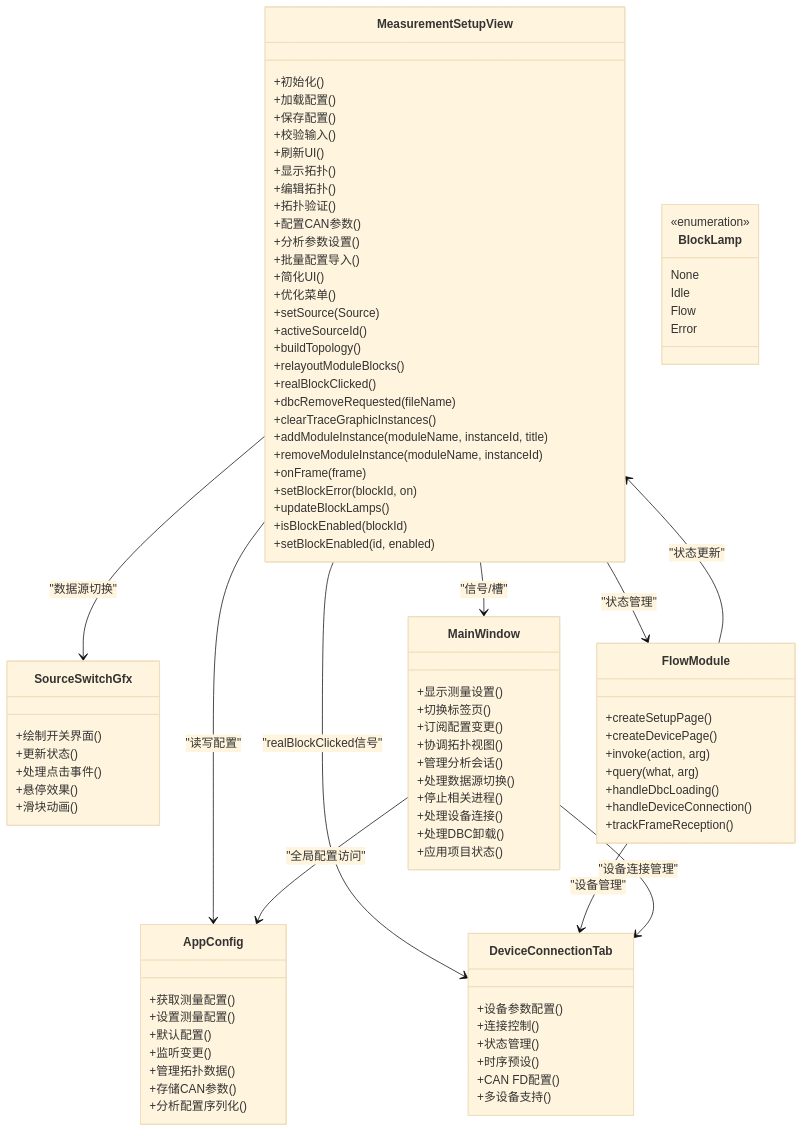
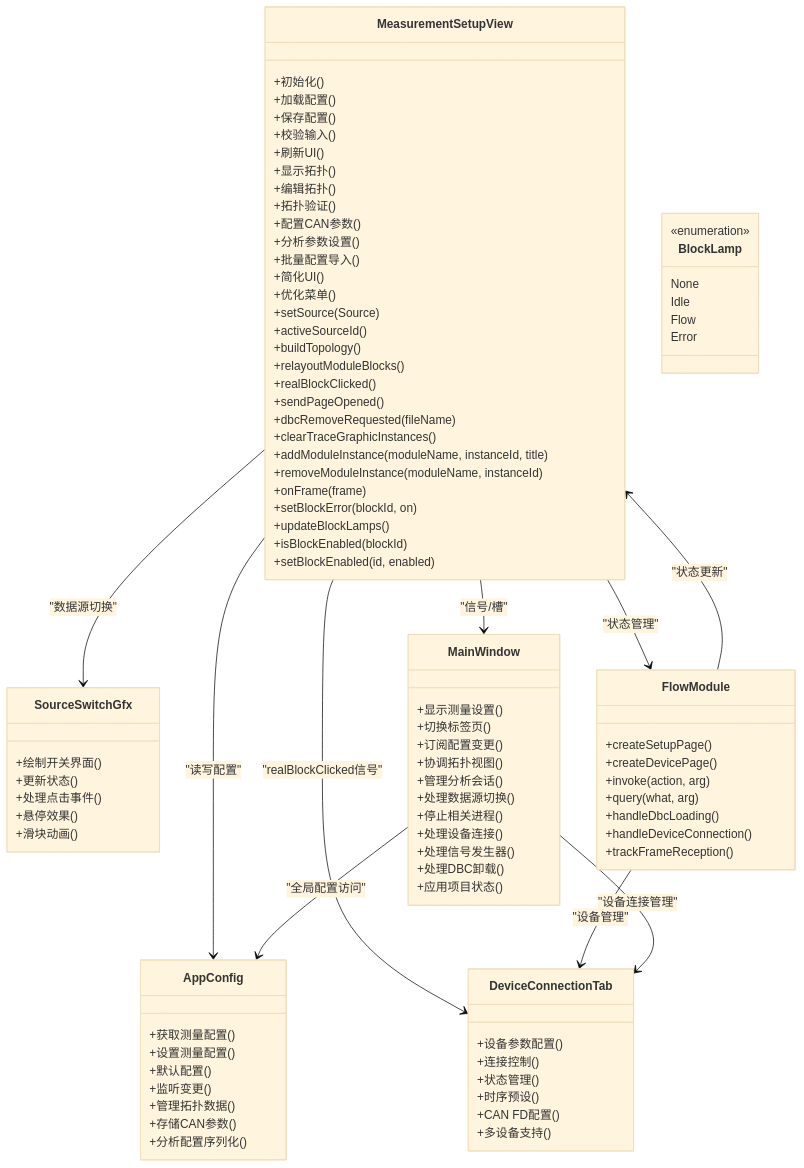
Before and after one commit to jakecai1225-design/OpenBus: the second of 10 diagrams in .qoder/repowiki/zh/content/架构设计/UI系统设计/测量设置视图组件.md, drawn with Mermaid (base theme). The commit also changed other lines of this file and 14 other files, not shown here.

```diff
--- a/.qoder/repowiki/zh/content/架构设计/UI系统设计/测量设置视图组件.md
+++ b/.qoder/repowiki/zh/content/架构设计/UI系统设计/测量设置视图组件.md
@@ -164,6 +171,7 @@
 +buildTopology()
 +relayoutModuleBlocks()
 +realBlockClicked()
++sendPageOpened()
 +dbcRemoveRequested(fileName)
 +clearTraceGraphicInstances()
 +addModuleInstance(moduleName, instanceId, title)
@@ -207,6 +215,7 @@
 +处理数据源切换()
 +停止相关进程()
 +处理设备连接()
++处理信号发生器()
 +处理DBC卸载()
 +应用项目状态()
 }
```
